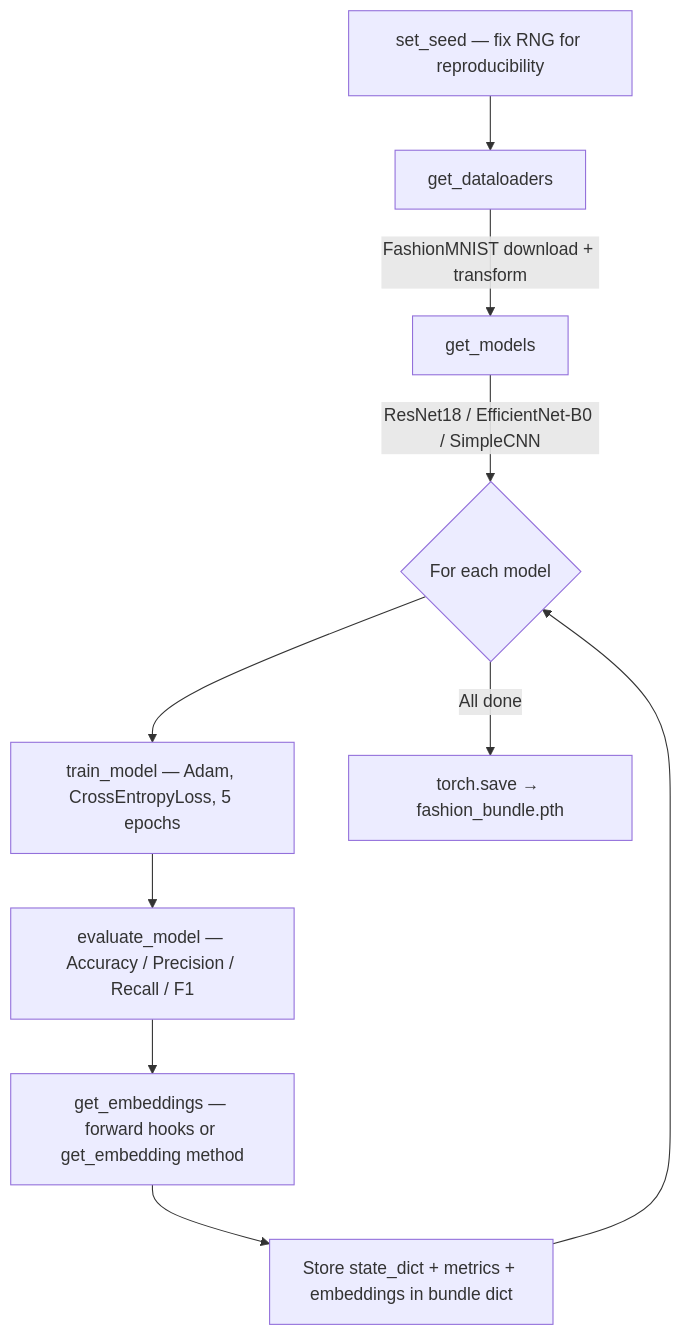
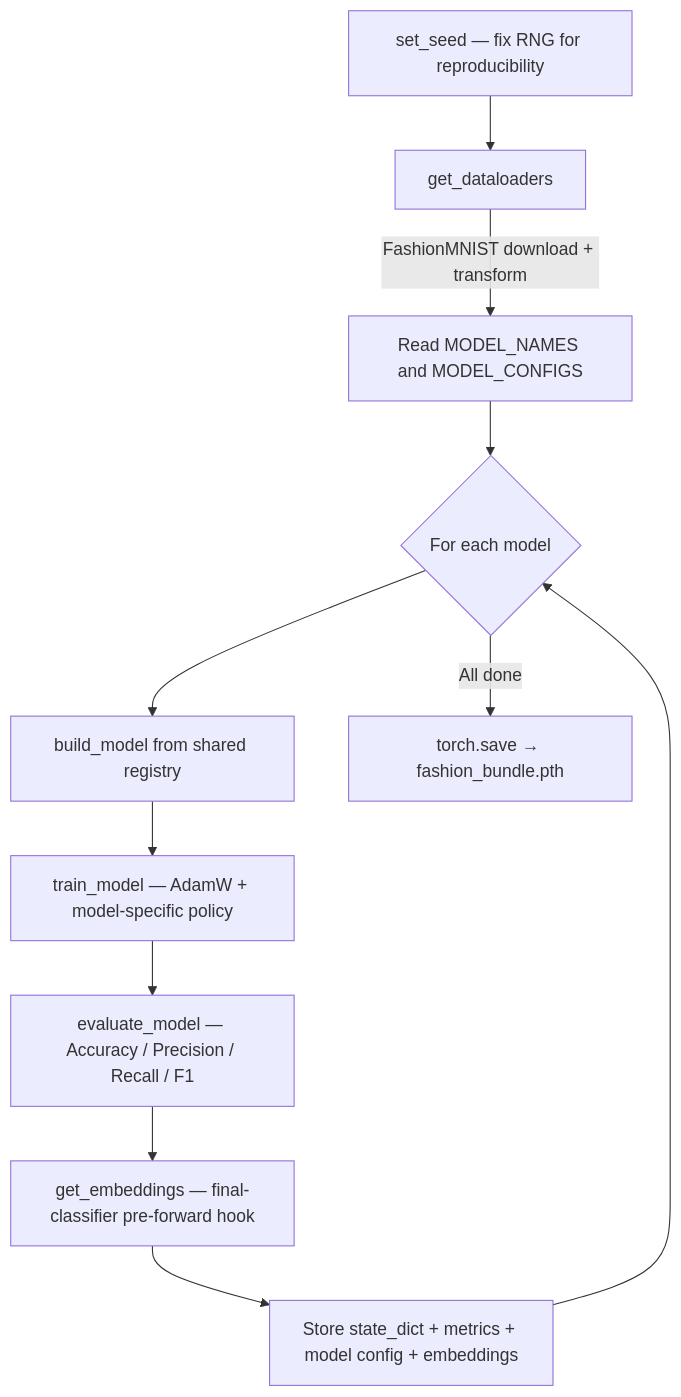
The first of 2 diagrams in README.md (pypi-ahmad/Fashion-Class-Classification), drawn with Mermaid before and after one commit. The commit also changed other lines of this file and 5 other files, not shown here.

````diff
--- a/README.md
+++ b/README.md
@@ -87,12 +90,13 @@
 ```mermaid
 flowchart TD
     A[set_seed — fix RNG for reproducibility] --> B[get_dataloaders]
-    B -->|FashionMNIST download + transform| C[get_models]
-    C -->|ResNet18 / EfficientNet-B0 / SimpleCNN| D{For each model}
-    D --> E[train_model — Adam, CrossEntropyLoss, 5 epochs]
+    B -->|FashionMNIST download + transform| C[Read MODEL_NAMES and MODEL_CONFIGS]
+    C --> D{For each model}
+    D --> D1[build_model from shared registry]
+    D1 --> E[train_model — AdamW + model-specific policy]
     E --> F[evaluate_model — Accuracy / Precision / Recall / F1]
-    F --> G[get_embeddings — forward hooks or get_embedding method]
-    G --> H[Store state_dict + metrics + embeddings in bundle dict]
+    F --> G[get_embeddings — final-classifier pre-forward hook]
+    G --> H[Store state_dict + metrics + model config + embeddings]
     H --> D
     D -->|All done| I[torch.save → fashion_bundle.pth]
 ```
````
